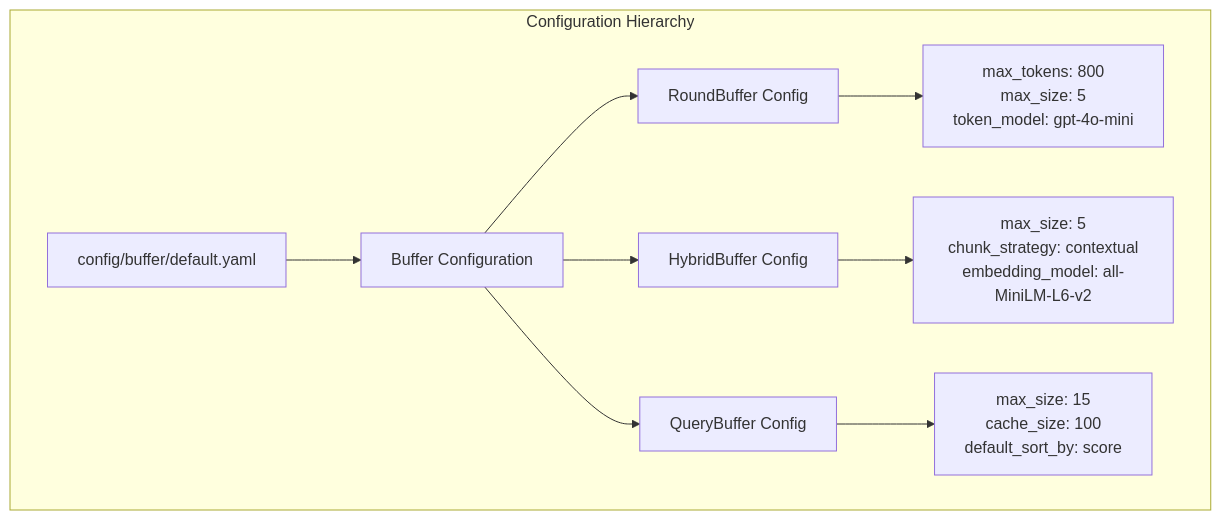
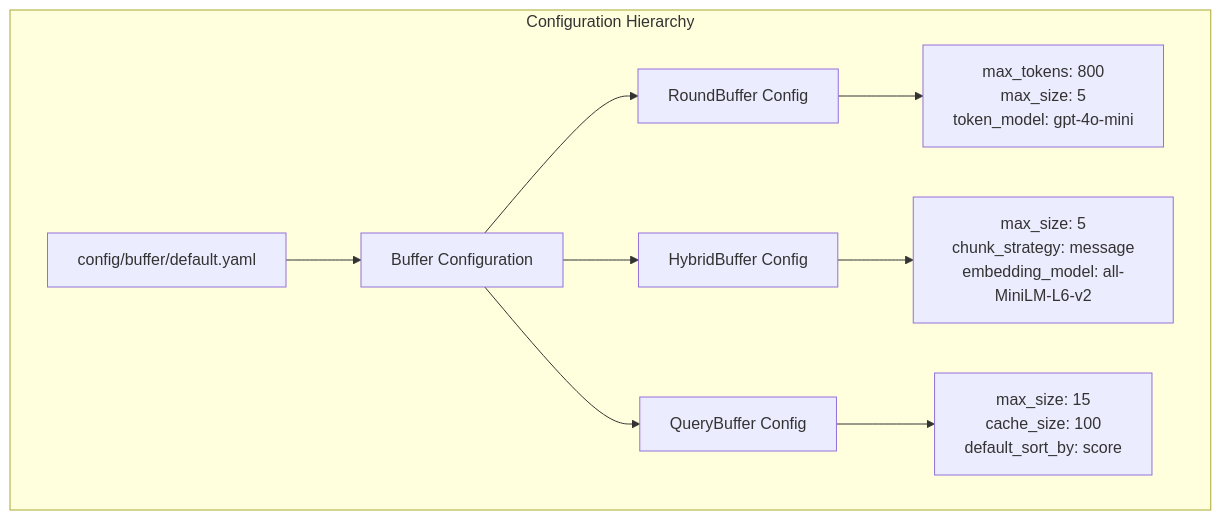
Diagram 18 of 24 in docs/architecture/buffer.md (memfuse/memfuse), drawn with Mermaid before and after one commit. The commit also changed other lines of this file and 2 other files, not shown here.

First line of the commit message:
docs(architecture): integrate computer caching principles into buffer design

````diff
--- a/docs/architecture/buffer.md
+++ b/docs/architecture/buffer.md
@@ -293,13 +735,13 @@
 ```mermaid
 graph TB
     subgraph "Configuration Hierarchy"
         A[config/buffer/default.yaml] --> B[Buffer Configuration]
         B --> C[RoundBuffer Config]
         B --> D[HybridBuffer Config]
         B --> E[QueryBuffer Config]
         
         C --> F[max_tokens: 800<br/>max_size: 5<br/>token_model: gpt-4o-mini]
-        D --> G[max_size: 5<br/>chunk_strategy: contextual<br/>embedding_model: all-MiniLM-L6-v2]
+        D --> G[max_size: 5<br/>chunk_strategy: message<br/>embedding_model: all-MiniLM-L6-v2]
         E --> H[max_size: 15<br/>cache_size: 100<br/>default_sort_by: score]
     end
 ```
````
